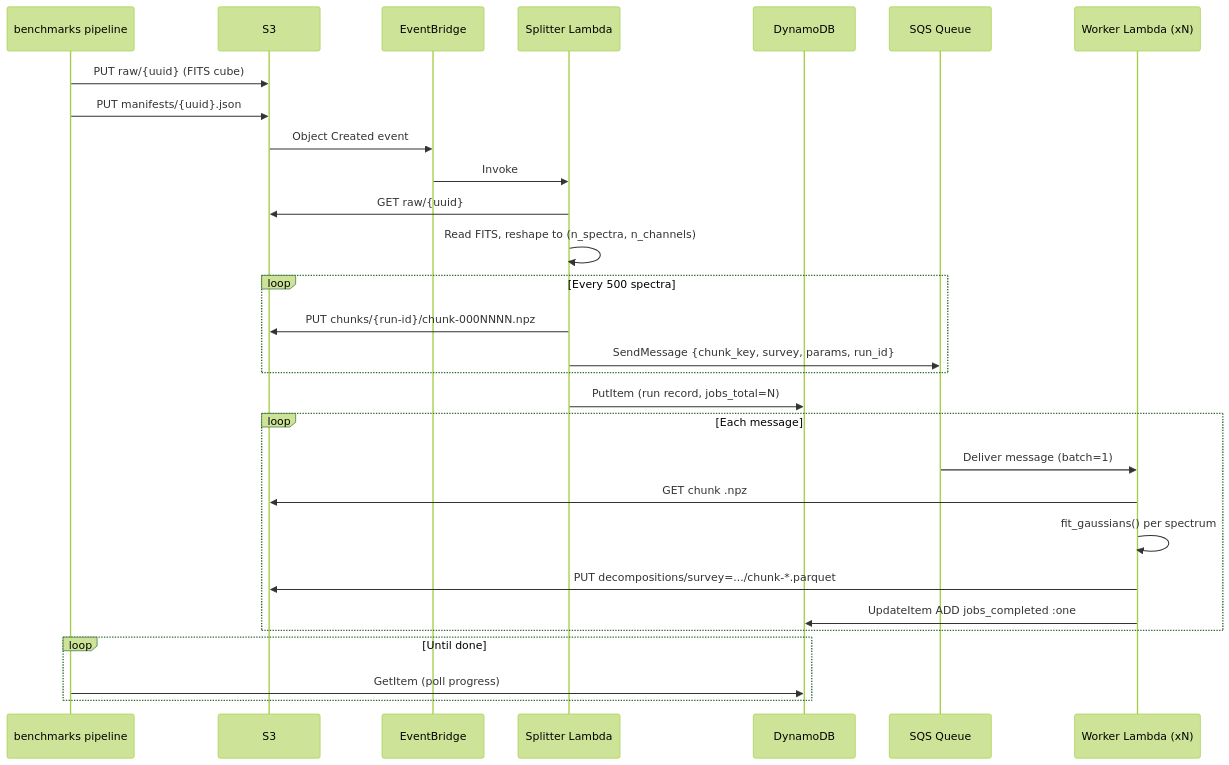
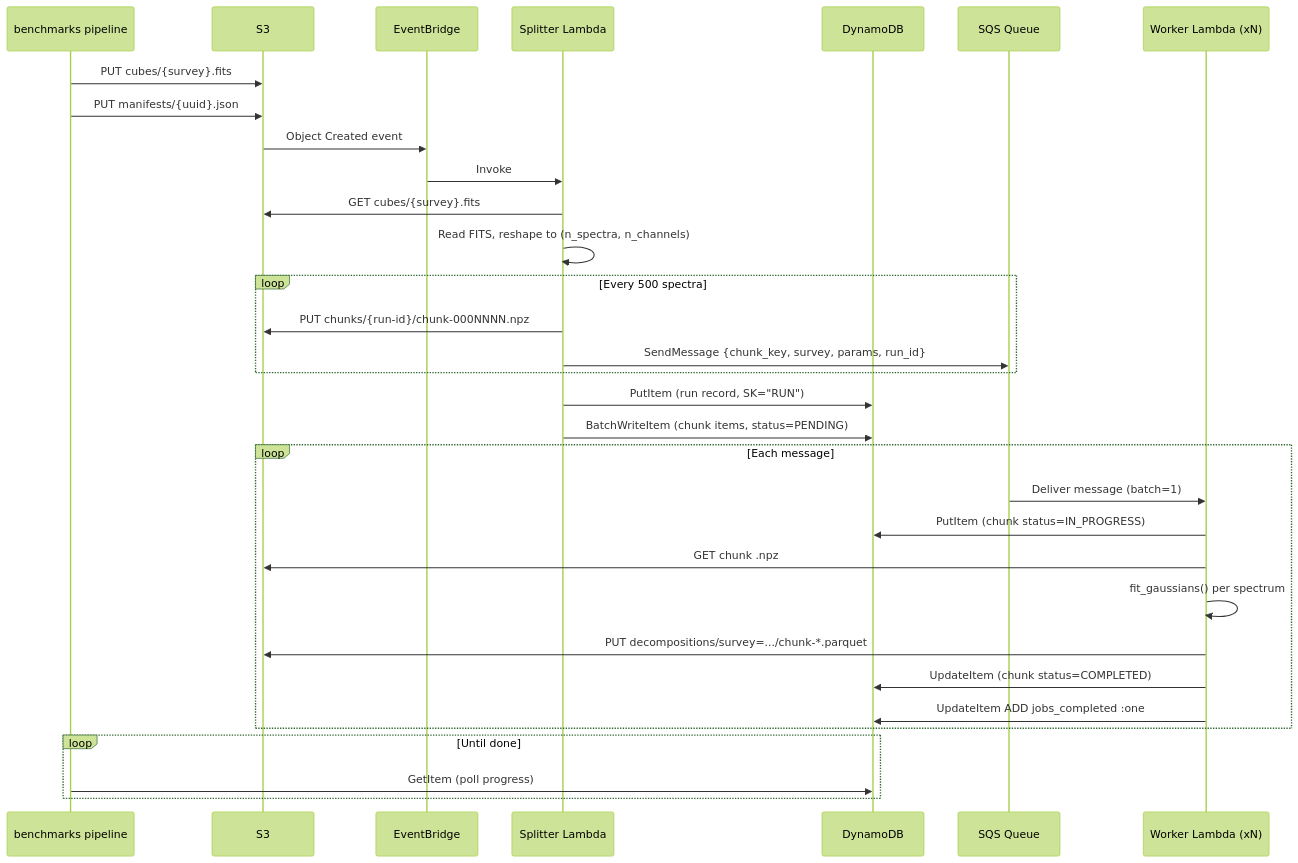
One commit to caverac/phspectra changed the second of 3 diagrams in packages/docs/docs/infrastructure/aws-pipeline.md. Above: the diagram before and after it, drawn with Mermaid (forest theme). The commit also changed other lines of this file and 39 other files, not shown here.

````diff
--- a/packages/docs/docs/infrastructure/aws-pipeline.md
+++ b/packages/docs/docs/infrastructure/aws-pipeline.md
@@ -223,36 +228,39 @@
 ```mermaid
 sequenceDiagram
     participant CLI as benchmarks pipeline
     participant S3 as S3
     participant EB as EventBridge
     participant Sp as Splitter Lambda
     participant DDB as DynamoDB
     participant Q as SQS Queue
     participant W as Worker Lambda (xN)
 
-    CLI->>S3: PUT raw/{uuid} (FITS cube)
+    CLI->>S3: PUT cubes/{survey}.fits
     CLI->>S3: PUT manifests/{uuid}.json
     S3->>EB: Object Created event
     EB->>Sp: Invoke
-    Sp->>S3: GET raw/{uuid}
+    Sp->>S3: GET cubes/{survey}.fits
     Sp->>Sp: Read FITS, reshape to (n_spectra, n_channels)
 
     loop Every 500 spectra
         Sp->>S3: PUT chunks/{run-id}/chunk-000NNNN.npz
         Sp->>Q: SendMessage {chunk_key, survey, params, run_id}
     end
 
-    Sp->>DDB: PutItem (run record, jobs_total=N)
+    Sp->>DDB: PutItem (run record, SK="RUN")
+    Sp->>DDB: BatchWriteItem (chunk items, status=PENDING)
 
     loop Each message
         Q->>W: Deliver message (batch=1)
+        W->>DDB: PutItem (chunk status=IN_PROGRESS)
         W->>S3: GET chunk .npz
         W->>W: fit_gaussians() per spectrum
         W->>S3: PUT decompositions/survey=.../chunk-*.parquet
+        W->>DDB: UpdateItem (chunk status=COMPLETED)
         W->>DDB: UpdateItem ADD jobs_completed :one
     end
 
     loop Until done
         CLI->>DDB: GetItem (poll progress)
     end
 ```
````
